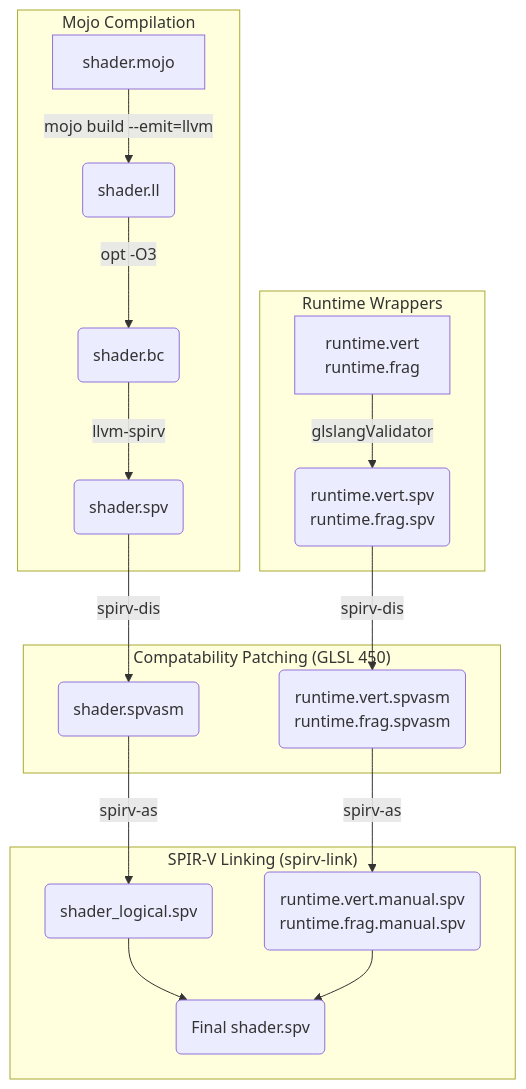
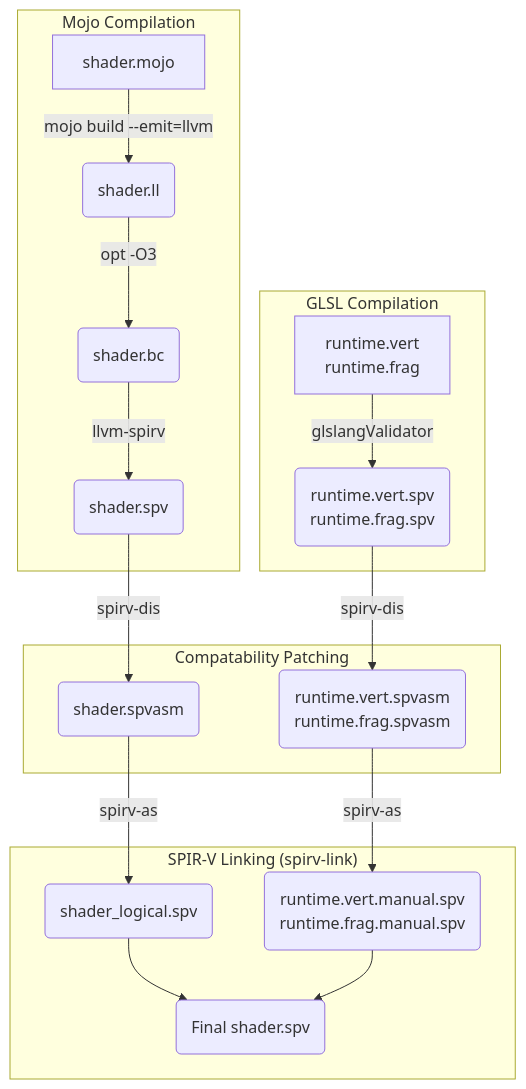
The diagram in tachyon-sdk-mojo/README.md (annhilati/tachyon), drawn with Mermaid before and after one commit. The commit also changed 2 other files, not shown here.

````diff
--- a/tachyon-sdk-mojo/README.md
+++ b/tachyon-sdk-mojo/README.md
@@ -3,24 +3,24 @@
 ```mermaid
 flowchart TD
-    subgraph Mojo Pipeline ["Mojo Compilation"]
+    subgraph Mojo ["Mojo Compilation"]
         M1[shader.mojo] -->|mojo build --emit=llvm| M2(shader.ll)
         M2 -->|opt -O3| M3(shader.bc)
         M3 -->|llvm-spirv| M4(shader.spv)
     end
 
-    subgraph Runtime ["Runtime Wrappers"]
+    subgraph GLSL ["GLSL Compilation"]
         R1[runtime.vert<br>runtime.frag] -->|glslangValidator| R2(runtime.vert.spv<br>runtime.frag.spv)
     end
 
-    subgraph Patching ["Compatability Patching (GLSL 450)"]
+    subgraph Patching ["Compatability Patching"]
         M4 -->|spirv-dis| P1(shader.spvasm)
         R2 -->|spirv-dis| R3(runtime.vert.spvasm<br>runtime.frag.spvasm)
     end
     
-    subgraph Linker ["SPIR-V Linking (spirv-link)"]
+    subgraph Linking ["SPIR-V Linking (spirv-link)"]
         P1 -->|spirv-as| L1(shader_logical.spv)
         R3 -->|spirv-as| L2(runtime.vert.manual.spv<br>runtime.frag.manual.spv)
         L1 --> LF(Final shader.spv)
         L2 --> LF
     end
 ```
````
